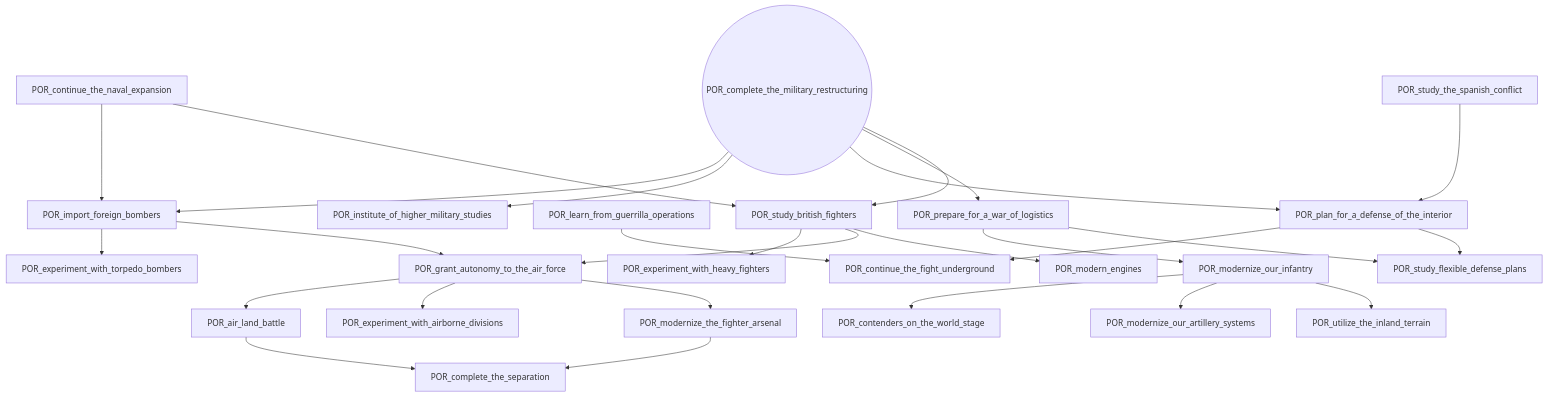
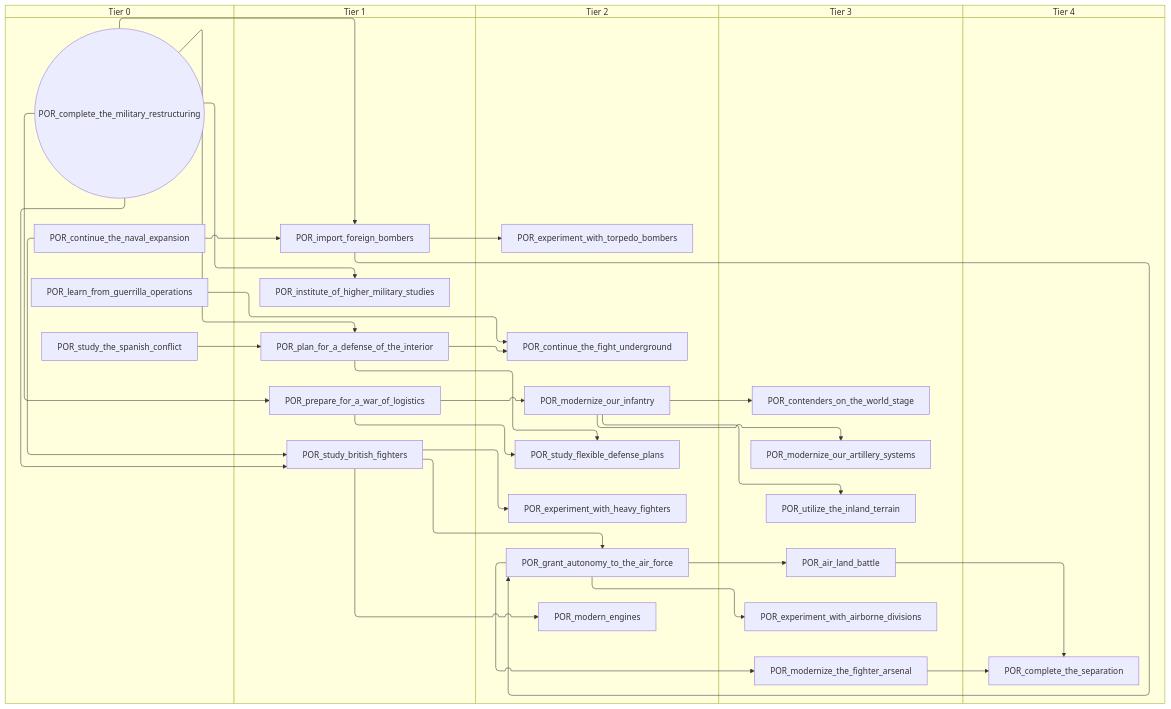
One commit to evgeny-sobol/hoi4-sandbox-mode-r56 changed the first of 7 diagrams in docs/gdd/National Focuses/r56_portugal.md. Above: the diagram before and after it, drawn with Mermaid. The commit also changed other lines of this file and 423 other files, not shown here.

First line of the commit message:
Re-export Rt56 focus trees as swimlane diagrams

````diff
--- a/docs/gdd/National Focuses/r56_portugal.md
+++ b/docs/gdd/National Focuses/r56_portugal.md
@@ -3,52 +3,62 @@
 ```mermaid
-flowchart TD
-    n1["POR_air_land_battle"]
-    n2(("POR_complete_the_military_restructuring"))
-    n3["POR_complete_the_separation"]
-    n4["POR_contenders_on_the_world_stage"]
-    n5["POR_continue_the_fight_underground"]
-    n6["POR_continue_the_naval_expansion"]
-    n7["POR_experiment_with_airborne_divisions"]
-    n8["POR_experiment_with_heavy_fighters"]
-    n9["POR_experiment_with_torpedo_bombers"]
-    n10["POR_grant_autonomy_to_the_air_force"]
-    n11["POR_import_foreign_bombers"]
-    n12["POR_institute_of_higher_military_studies"]
-    n13["POR_learn_from_guerrilla_operations"]
-    n14["POR_modern_engines"]
-    n15["POR_modernize_our_artillery_systems"]
-    n16["POR_modernize_our_infantry"]
-    n17["POR_modernize_the_fighter_arsenal"]
-    n18["POR_plan_for_a_defense_of_the_interior"]
-    n19["POR_prepare_for_a_war_of_logistics"]
-    n20["POR_study_british_fighters"]
-    n21["POR_study_flexible_defense_plans"]
-    n22["POR_study_the_spanish_conflict"]
-    n23["POR_utilize_the_inland_terrain"]
-    n10 --> n1
-    n1 --> n3
-    n17 --> n3
-    n16 --> n4
-    n18 --> n5
-    n13 --> n5
-    n10 --> n7
-    n20 --> n8
-    n11 --> n9
-    n11 --> n10
-    n20 --> n10
-    n6 --> n11
-    n2 --> n11
-    n2 --> n12
-    n20 --> n14
-    n16 --> n15
-    n19 --> n16
-    n10 --> n17
-    n2 --> n18
-    n22 --> n18
-    n2 --> n19
-    n6 --> n20
-    n2 --> n20
-    n19 --> n21
-    n18 --> n21
-    n16 --> n23
+swimlane-beta TD
+    subgraph tier_0["Tier 0"]
+        n1(("POR_complete_the_military_restructuring"))
+        n2["POR_continue_the_naval_expansion"]
+        n3["POR_learn_from_guerrilla_operations"]
+        n4["POR_study_the_spanish_conflict"]
+    end
+    subgraph tier_1["Tier 1"]
+        n5["POR_import_foreign_bombers"]
+        n6["POR_institute_of_higher_military_studies"]
+        n7["POR_plan_for_a_defense_of_the_interior"]
+        n8["POR_prepare_for_a_war_of_logistics"]
+        n9["POR_study_british_fighters"]
+    end
+    subgraph tier_2["Tier 2"]
+        n10["POR_continue_the_fight_underground"]
+        n11["POR_experiment_with_heavy_fighters"]
+        n12["POR_experiment_with_torpedo_bombers"]
+        n13["POR_grant_autonomy_to_the_air_force"]
+        n14["POR_modern_engines"]
+        n15["POR_modernize_our_infantry"]
+        n16["POR_study_flexible_defense_plans"]
+    end
+    subgraph tier_3["Tier 3"]
+        n17["POR_air_land_battle"]
+        n18["POR_contenders_on_the_world_stage"]
+        n19["POR_experiment_with_airborne_divisions"]
+        n20["POR_modernize_our_artillery_systems"]
+        n21["POR_modernize_the_fighter_arsenal"]
+        n22["POR_utilize_the_inland_terrain"]
+    end
+    subgraph tier_4["Tier 4"]
+        n23["POR_complete_the_separation"]
+    end
+    n13 --> n17
+    n17 --> n23
+    n21 --> n23
+    n15 --> n18
+    n7 --> n10
+    n3 --> n10
+    n13 --> n19
+    n9 --> n11
+    n5 --> n12
+    n5 --> n13
+    n9 --> n13
+    n2 --> n5
+    n1 --> n5
+    n1 --> n6
+    n9 --> n14
+    n15 --> n20
+    n8 --> n15
+    n13 --> n21
+    n1 --> n7
+    n4 --> n7
+    n1 --> n8
+    n2 --> n9
+    n1 --> n9
+    n8 --> n16
+    n7 --> n16
+    n15 --> n22
 ```
````
